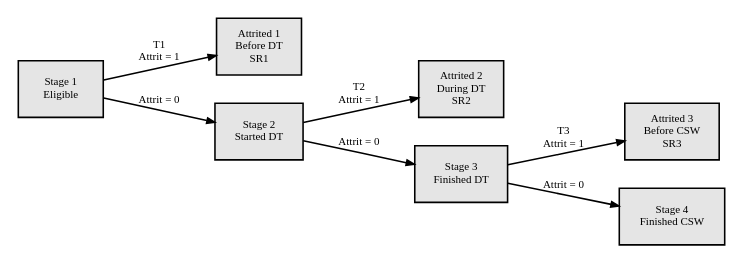
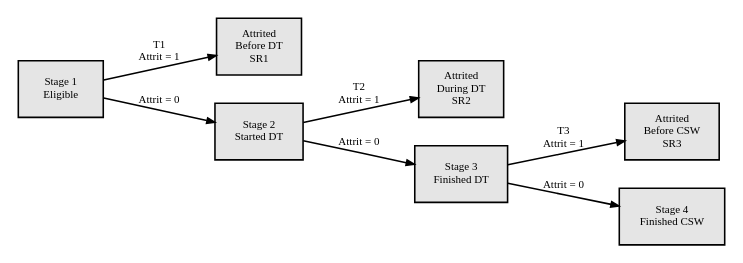
One commit to sjpierce/SANETPA changed the diagram in scripts/Import_Data.qmd. Above: the diagram before and after it, drawn with Graphviz.

Commit message:
Resize fig-Stages and refine its labeling.

````diff
--- a/scripts/Import_Data.qmd
+++ b/scripts/Import_Data.qmd
@@ -714,34 +714,34 @@
 ```{dot}
 //| label: fig-Stages
 //| fig-cap: Stages, Thresholds (T1-T3), and Stopping Ratios (SR1-SR3) in the 
 //|          SANE Training Program. CSW, clinical skills workshop; DT, didactic 
 //|          training.
-//| fig-width: 6
-//| fig-height: 3
+//| fig-width: 5
+//| fig-height: 2.5
 
 digraph StagesModeled {
 
 graph [rankdir="LR"];
 
 node [shape = "box", style= "filled", fillcolor = "Gray90", fontsize = "7"];
-A1 [label = "Attrited 1\nBefore DT\nSR1"]
-A2 [label = "Attrited 2\nDuring DT\nSR2"]
-A3 [label = "Attrited 3\nBefore CSW\nSR3"]
+A1 [label = "Attrited\nBefore DT\nSR1"]
+A2 [label = "Attrited\nDuring DT\nSR2"]
+A3 [label = "Attrited\nBefore CSW\nSR3"]
 
 S1 [label = "Stage 1\nEligible"]
 S2 [label = "Stage 2\nStarted DT"]
 S3 [label = "Stage 3\nFinished DT"]
 S4 [label = "Stage 4\nFinished CSW"]
 
 edge [fontsize = "7", arrowsize = 0.5];
 
 S1 -> A1 [label = "T1\nAttrit = 1"]
 S2 -> A2 [label = "T2\nAttrit = 1"]
 S3 -> A3 [label = "T3\nAttrit = 1"]
 
 S1 -> S2 [label = "Attrit = 0"]
 S2 -> S3 [label = "Attrit = 0"]
 S3 -> S4 [label = "Attrit = 0"]
 
 }
 ```
````
